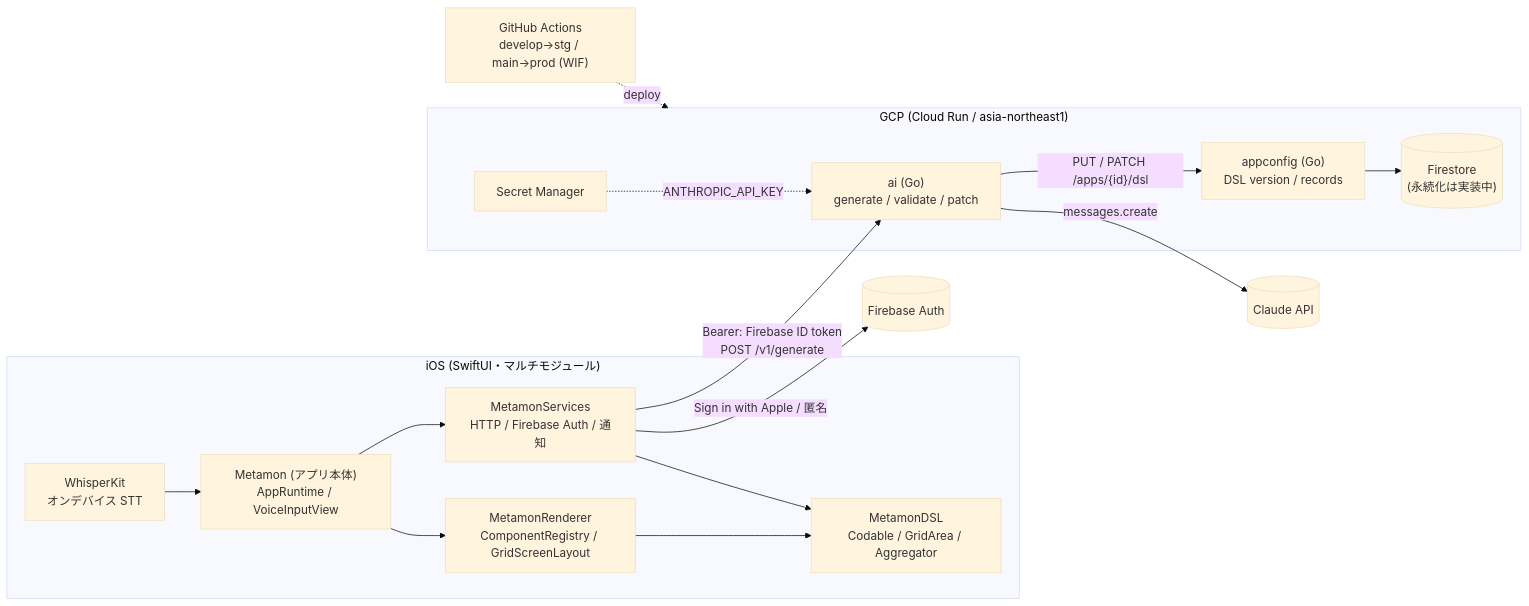
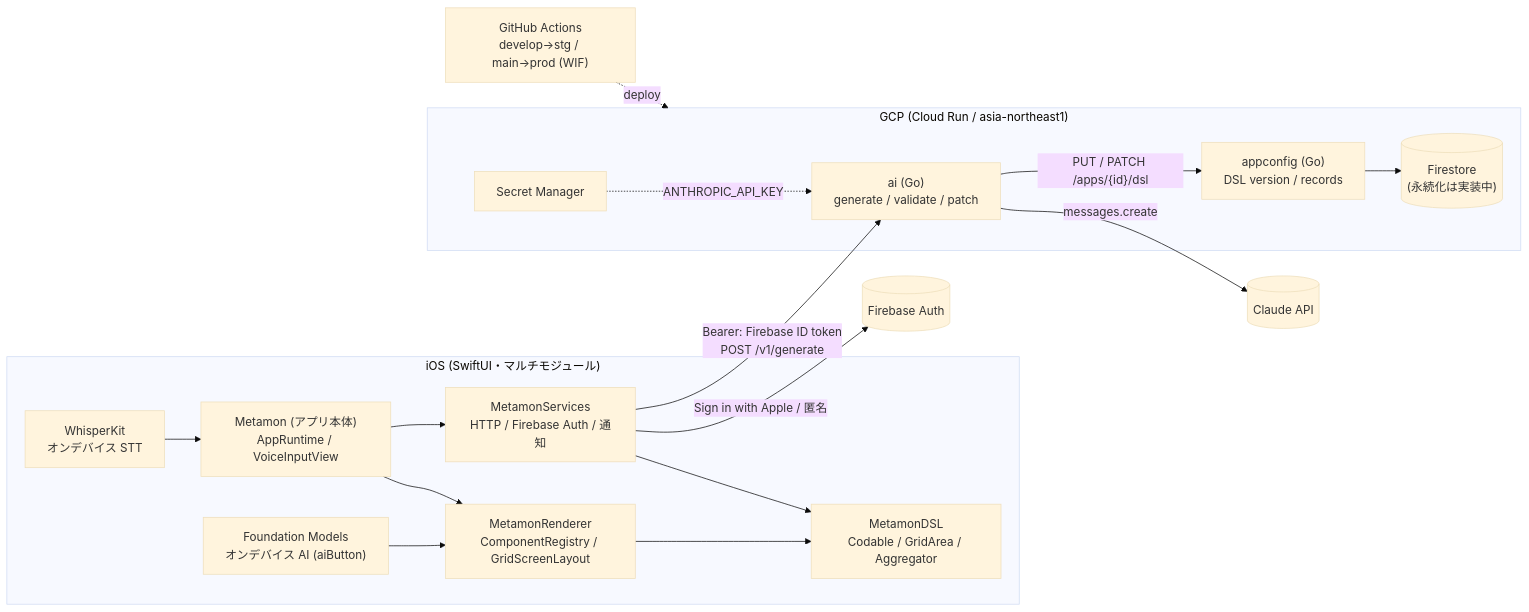
The second of 2 diagrams in README.md (jphacks/kz_2601), drawn with Mermaid (base theme) before and after one commit. The commit also changed other lines of this file and 2 other files, not shown here.

````diff
--- a/README.md
+++ b/README.md
@@ -164,23 +167,24 @@
 ```mermaid
 flowchart LR
   subgraph iOS["iOS (SwiftUI・マルチモジュール)"]
     W["WhisperKit<br/>オンデバイス STT"] --> App["Metamon (アプリ本体)<br/>AppRuntime / VoiceInputView"]
+    FM["Foundation Models<br/>オンデバイス AI (aiButton)"] --> Ren
     App --> Ren["MetamonRenderer<br/>ComponentRegistry / GridScreenLayout"]
     App --> Svc["MetamonServices<br/>HTTP / Firebase Auth / 通知"]
     Ren --> DSL["MetamonDSL<br/>Codable / GridArea / Aggregator"]
     Svc --> DSL
   end
   subgraph GCP["GCP (Cloud Run / asia-northeast1)"]
     AI["ai (Go)<br/>generate / validate / patch"]
     AC["appconfig (Go)<br/>DSL version / records"]
     FS[("Firestore<br/>(永続化は実装中)")]
     SM["Secret Manager"]
   end
   Svc -- "Bearer: Firebase ID token<br/>POST /v1/generate" --> AI
   AI -- "PUT / PATCH /apps/{id}/dsl" --> AC
   AC --> FS
   AI -- "messages.create" --> CL[(Claude API)]
   SM -. ANTHROPIC_API_KEY .-> AI
   Svc -- "Sign in with Apple / 匿名" --> FA[(Firebase Auth)]
   GH["GitHub Actions<br/>develop→stg / main→prod (WIF)"] -. deploy .-> GCP
 ```
````
